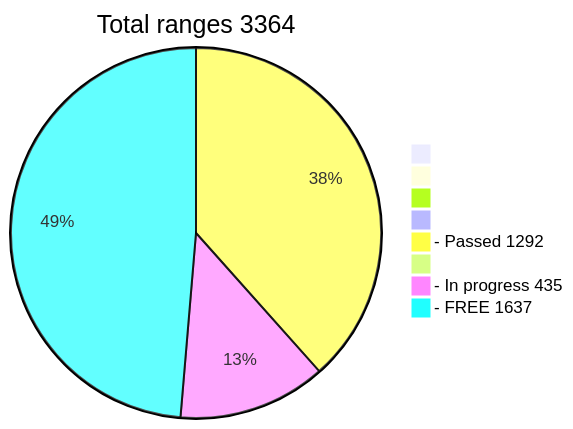
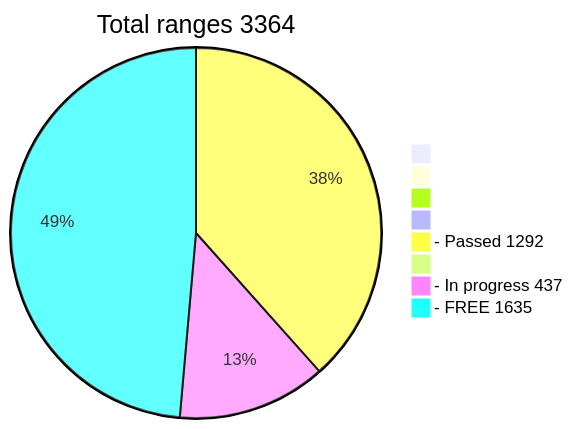
One commit to phrutis/wif500 changed the diagram in README.md. Above: the diagram before and after it, drawn with Mermaid.

````diff
--- a/README.md
+++ b/README.md
@@ -16,12 +16,12 @@
 ```mermaid
 pie title Total ranges 3364
              " " : 0
             "  " : 0
            "   " : 0
           "    " : 0
   "- Passed 1292" : 1292
          "     " : 0
-  "- In progress 435" : 435
-   "- FREE 1637" : 1637
+  "- In progress 437" : 437
+   "- FREE 1635" : 1635
    
 ```
````
